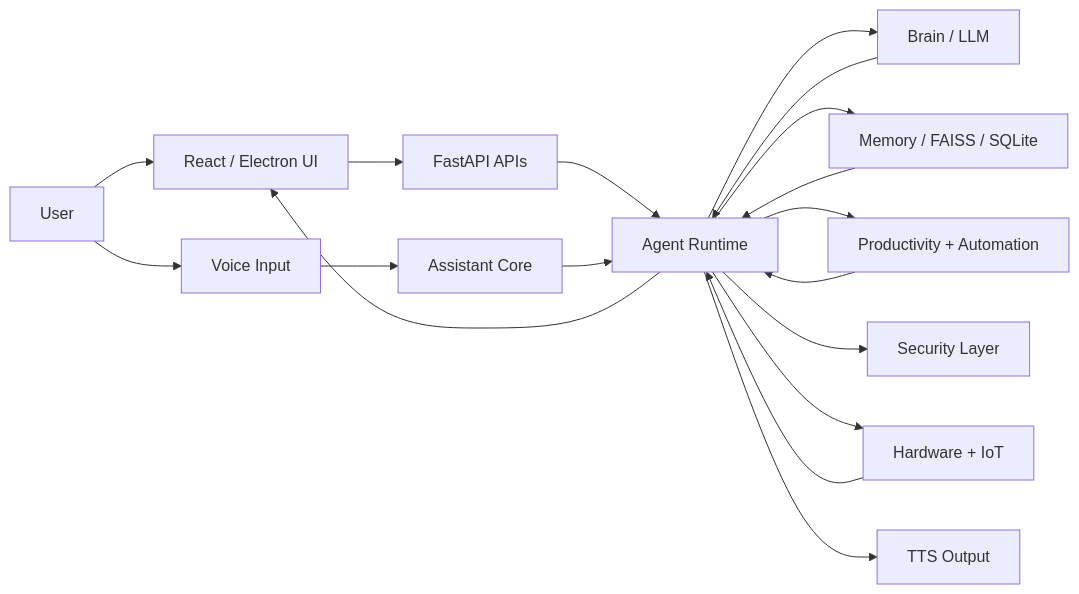
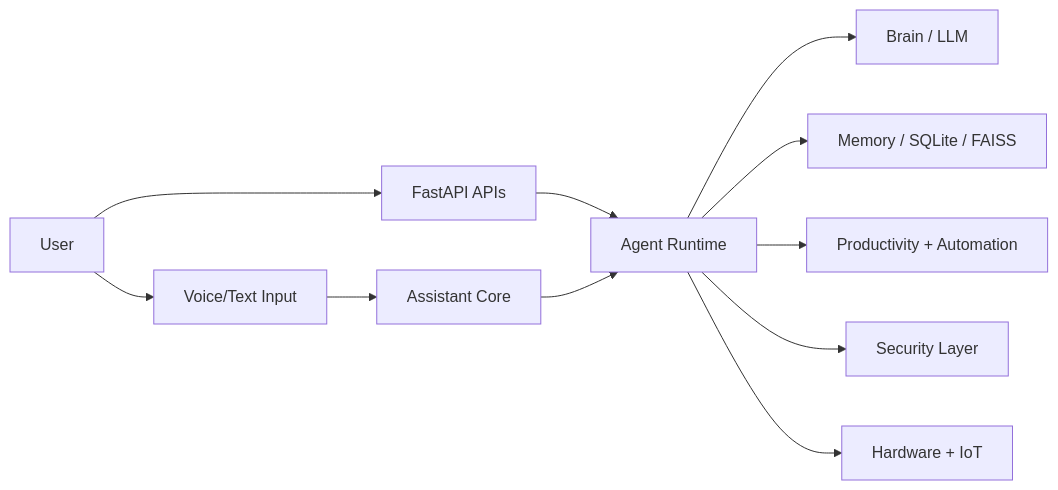
Before and after one commit to trhariharasudhan/GrandpaAssistant: the diagram in docs/PRODUCTION_AI_ASSISTANT_BLUEPRINT.md, drawn with Mermaid. The commit also changed other lines of this file and 35 other files, not shown here.

````diff
--- a/docs/PRODUCTION_AI_ASSISTANT_BLUEPRINT.md
+++ b/docs/PRODUCTION_AI_ASSISTANT_BLUEPRINT.md
@@ -278,20 +67,13 @@
 ```mermaid
 flowchart LR
-    User["User"] --> UI["React / Electron UI"]
-    User --> Voice["Voice Input"]
-    UI --> API["FastAPI APIs"]
+    User["User"] --> Voice["Voice/Text Input"]
+    User --> API["FastAPI APIs"]
     Voice --> Core["Assistant Core"]
     API --> Runtime["Agent Runtime"]
     Core --> Runtime
     Runtime --> Brain["Brain / LLM"]
-    Runtime --> Memory["Memory / FAISS / SQLite"]
+    Runtime --> Memory["Memory / SQLite / FAISS"]
     Runtime --> Tasks["Productivity + Automation"]
     Runtime --> Security["Security Layer"]
     Runtime --> Devices["Hardware + IoT"]
-    Brain --> Runtime
-    Memory --> Runtime
-    Tasks --> Runtime
-    Devices --> Runtime
-    Runtime --> VoiceOut["TTS Output"]
-    Runtime --> UI
 ```
````
